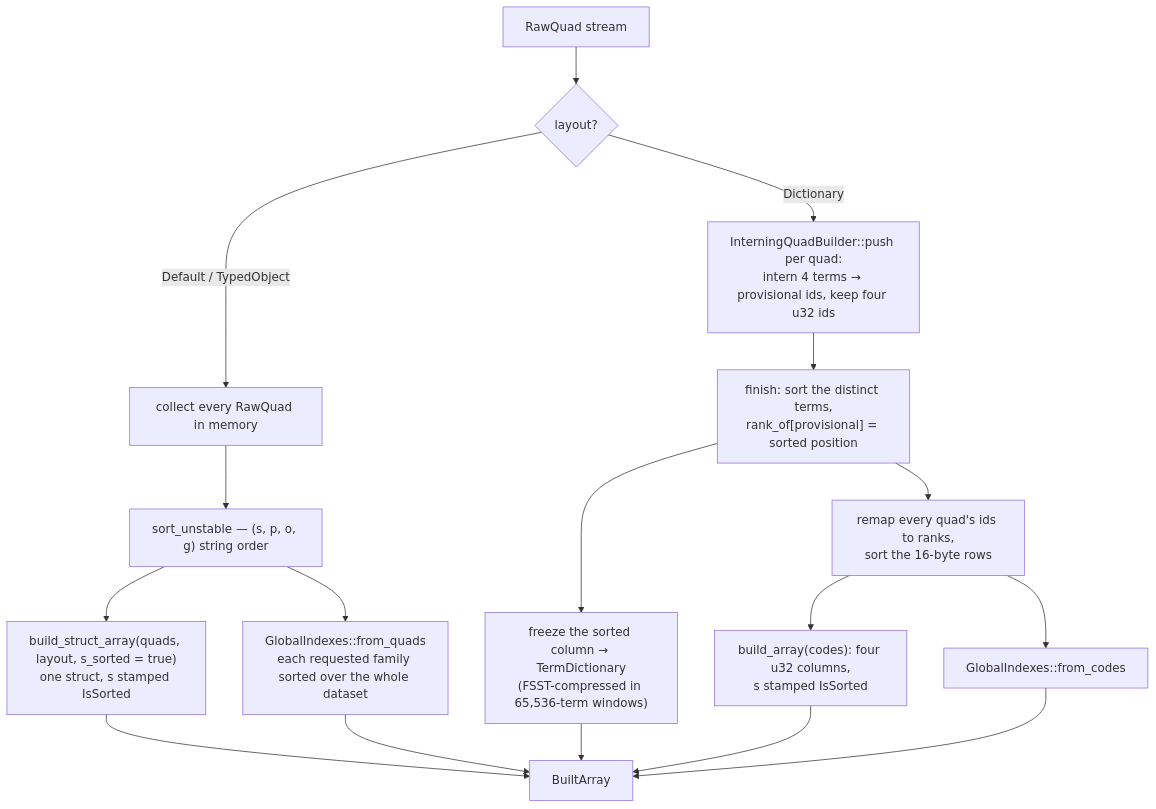
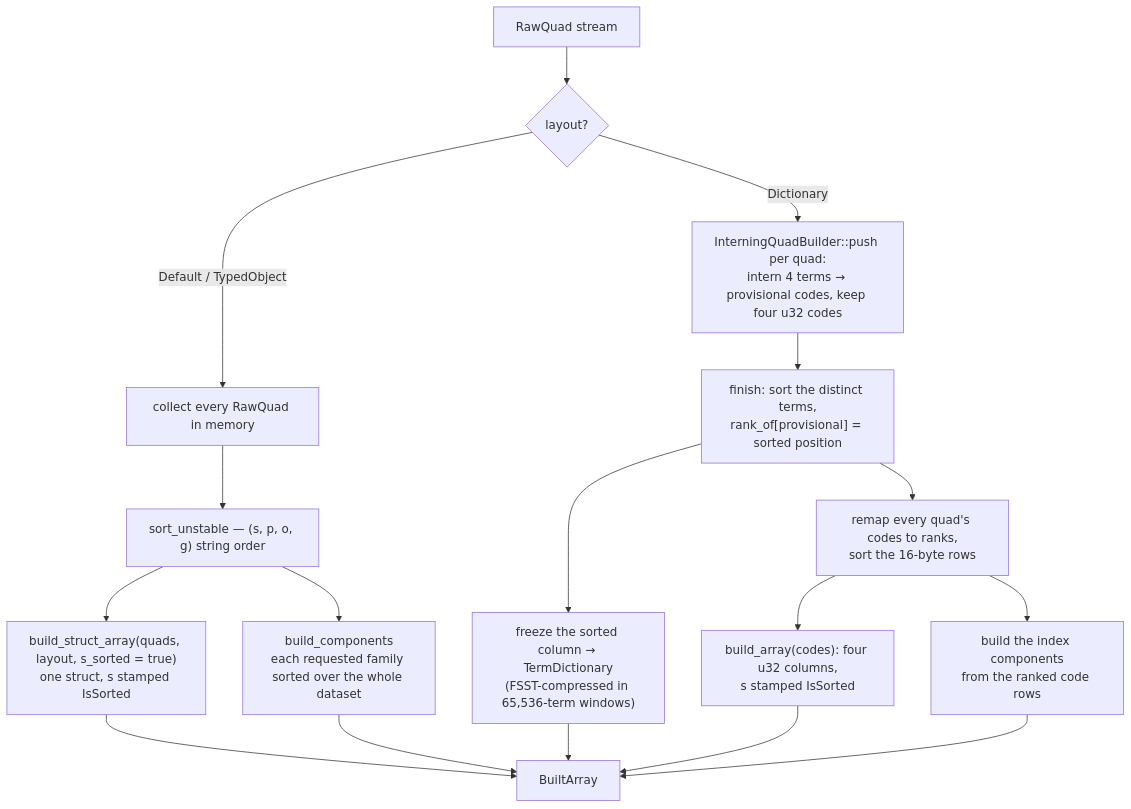
The second of 4 diagrams in docs/serialization.md (julianrojas87/vortex-rdf), drawn with Mermaid before and after one commit. The commit also changed other lines of this file and 15 other files, not shown here.

````diff
--- a/docs/serialization.md
+++ b/docs/serialization.md
@@ -132,22 +131,22 @@
 ```mermaid
 flowchart TD
     S["RawQuad stream"] --> L{"layout?"}
 
     L -- "Default / TypedObject" --> A1["collect every RawQuad in memory"]
     A1 --> A2["sort_unstable — (s, p, o, g) string order"]
     A2 --> A3["build_struct_array(quads, layout, s_sorted = true)<br/>one struct, s stamped IsSorted"]
-    A2 --> A4["GlobalIndexes::from_quads<br/>each requested family sorted over the whole dataset"]
+    A2 --> A4["build_components<br/>each requested family sorted over the whole dataset"]
 
-    L -- "Dictionary" --> B1["InterningQuadBuilder::push per quad:<br/>intern 4 terms → provisional ids, keep four u32 ids"]
+    L -- "Dictionary" --> B1["InterningQuadBuilder::push per quad:<br/>intern 4 terms → provisional codes, keep four u32 codes"]
     B1 --> B2["finish: sort the distinct terms,<br/>rank_of[provisional] = sorted position"]
     B2 --> B3["freeze the sorted column → TermDictionary<br/>(FSST-compressed in 65,536-term windows)"]
-    B2 --> B4["remap every quad's ids to ranks,<br/>sort the 16-byte rows"]
+    B2 --> B4["remap every quad's codes to ranks,<br/>sort the 16-byte rows"]
     B4 --> B5["build_array(codes): four u32 columns,<br/>s stamped IsSorted"]
-    B4 --> B6["GlobalIndexes::from_codes"]
+    B4 --> B6["build the index components<br/>from the ranked code rows"]
 
     A3 --> R["BuiltArray"]
     A4 --> R
     B3 --> R
     B5 --> R
     B6 --> R
 ```
````
